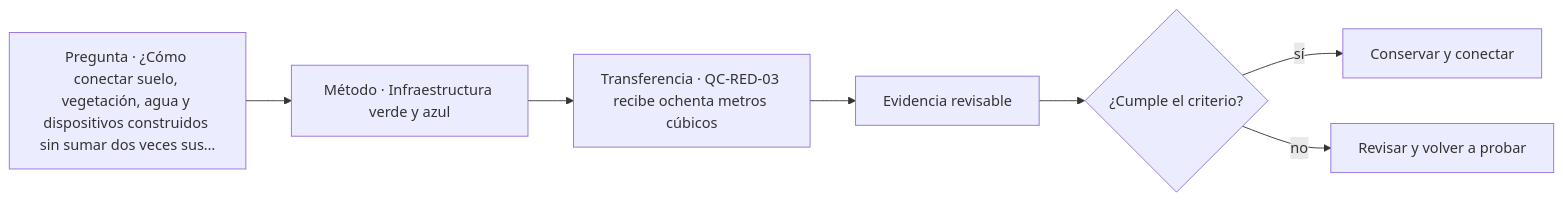
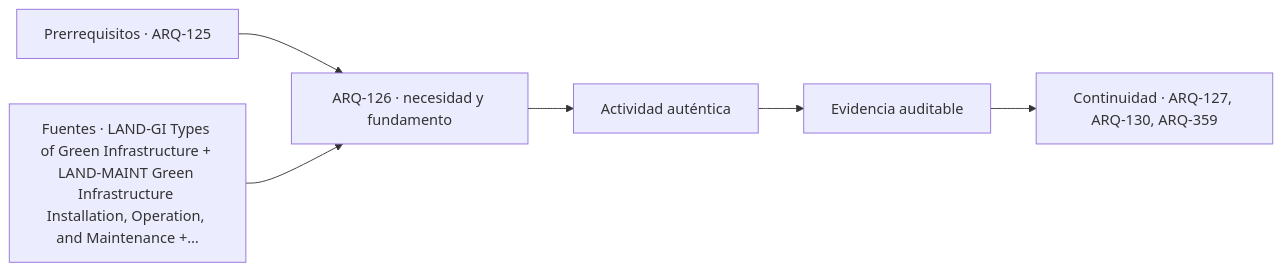
One commit to vladimiracunadev-create/architecture-built-environment-learning-program changed the diagram in classes/parte-13/ARQ-126.md. Above: the diagram before and after it, drawn with Mermaid. The commit also changed other lines of this file and 761 other files, not shown here.

````diff
--- a/classes/parte-13/ARQ-126.md
+++ b/classes/parte-13/ARQ-126.md
@@ -120,9 +132,8 @@
 ```mermaid
 flowchart LR
-    Q["Pregunta · ¿Cómo conectar suelo, vegetación, agua y dispositivos construidos sin sumar dos veces sus…"] --> M["Método · Infraestructura verde y azul"]
-    M --> P["Transferencia · QC-RED-03 recibe ochenta metros cúbicos"]
-    P --> E["Evidencia revisable"]
-    E --> C{"¿Cumple el criterio?"}
-    C -->|sí| T["Conservar y conectar"]
-    C -->|no| R["Revisar y volver a probar"]
+    A["Prerrequisitos · ARQ-125"] --> B["ARQ-126 · necesidad y fundamento"]
+    S["Fuentes · LAND-GI Types of Green Infrastructure + LAND-MAINT Green Infrastructure Installation, Operation, and Maintenance +…"] --> B
+    B --> C["Actividad auténtica"]
+    C --> D["Evidencia auditable"]
+    D --> E["Continuidad · ARQ-127, ARQ-130, ARQ-359"]
 ```
````
